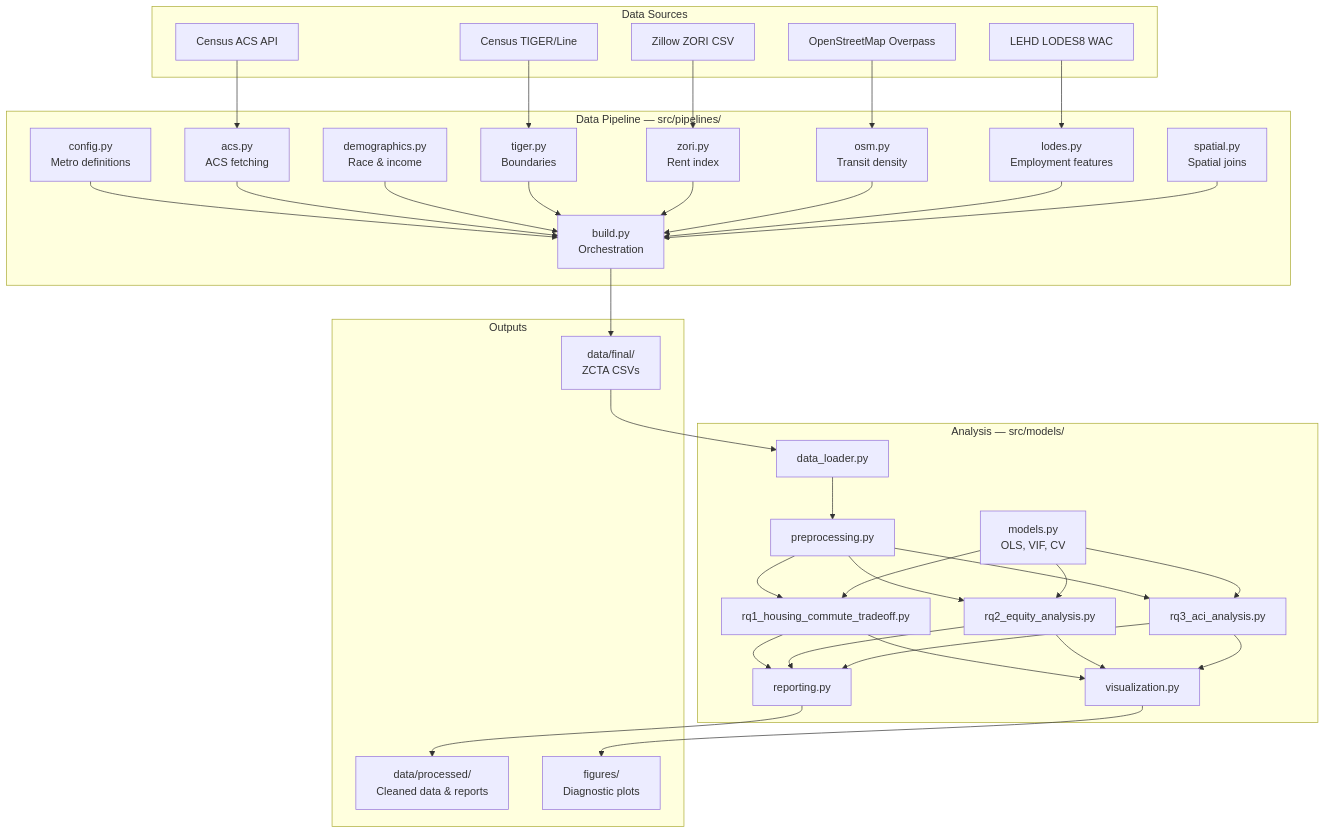
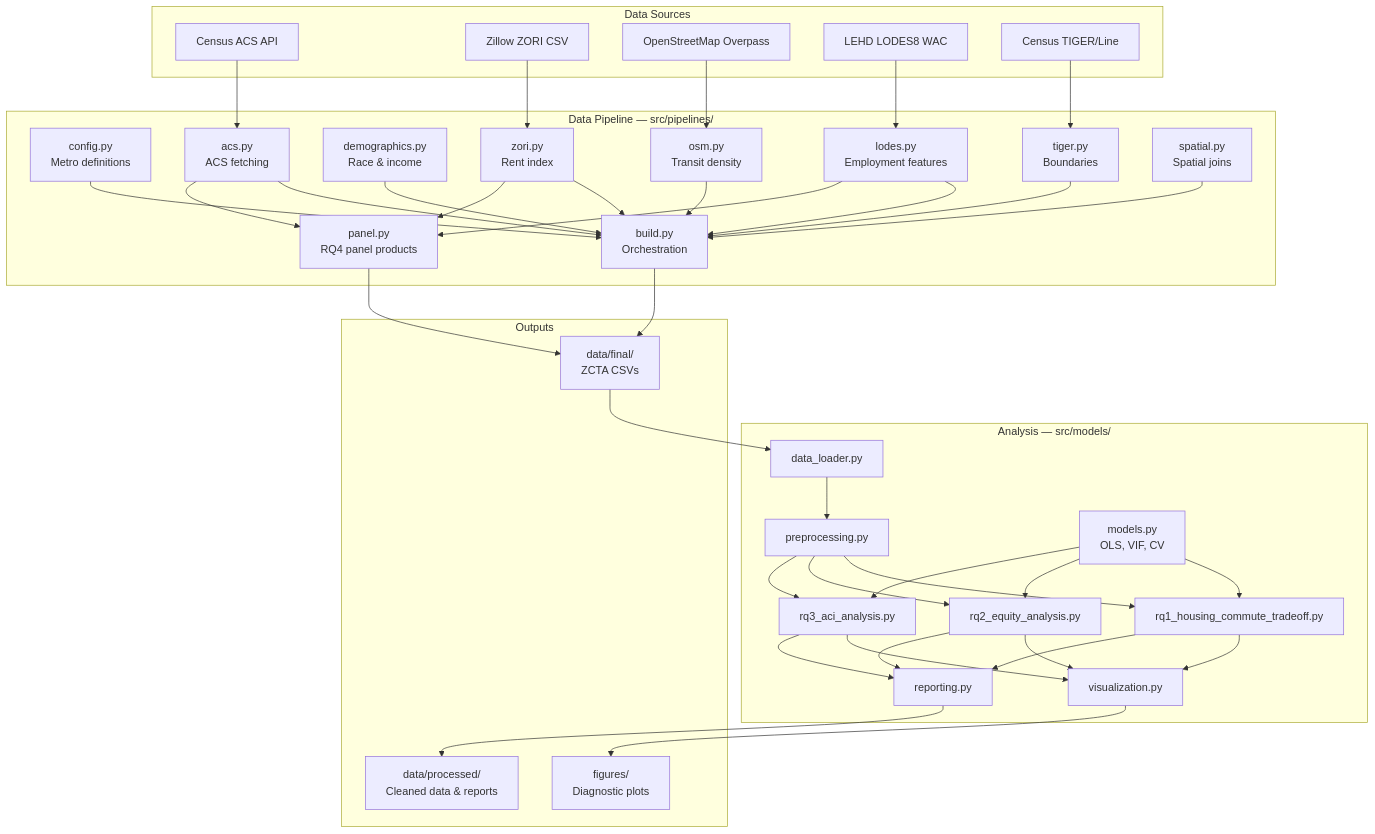
One commit to cdcoonce/housing-commute-analysis changed the first of 4 diagrams in README.md. Above: the diagram before and after it, drawn with Mermaid. The commit also changed other lines of this file and 2 other files, not shown here.

Commit message:
docs: panel data products, --panel usage, gate procedure

````diff
--- a/README.md
+++ b/README.md
@@ -66,72 +70,78 @@
 ```mermaid
 graph TD
     subgraph "Data Sources"
         ACS["Census ACS API"]
         ZORI["Zillow ZORI CSV"]
         OSM["OpenStreetMap Overpass"]
         LODES["LEHD LODES8 WAC"]
         TIGER["Census TIGER/Line"]
     end
 
     subgraph "Data Pipeline — src/pipelines/"
         CFG["config.py<br/>Metro definitions"]
         BUILD["build.py<br/>Orchestration"]
         ACS_MOD["acs.py<br/>ACS fetching"]
         DEMO["demographics.py<br/>Race & income"]
         TIGER_MOD["tiger.py<br/>Boundaries"]
         ZORI_MOD["zori.py<br/>Rent index"]
         OSM_MOD["osm.py<br/>Transit density"]
         LODES_MOD["lodes.py<br/>Employment features"]
         SPATIAL["spatial.py<br/>Spatial joins"]
+        PANEL["panel.py<br/>RQ4 panel products"]
     end
 
     subgraph "Analysis — src/models/"
         LOAD["data_loader.py"]
         PREPROC["preprocessing.py"]
         MODELS["models.py<br/>OLS, VIF, CV"]
         RQ1["rq1_housing_commute_tradeoff.py"]
         RQ2["rq2_equity_analysis.py"]
         RQ3["rq3_aci_analysis.py"]
         VIZ["visualization.py"]
         REPORT["reporting.py"]
     end
 
     subgraph "Outputs"
         CSV["data/final/<br/>ZCTA CSVs"]
         PROC["data/processed/<br/>Cleaned data & reports"]
         FIGS["figures/<br/>Diagnostic plots"]
     end
 
     ACS --> ACS_MOD
     ZORI --> ZORI_MOD
     OSM --> OSM_MOD
     LODES --> LODES_MOD
     TIGER --> TIGER_MOD
 
     CFG --> BUILD
     ACS_MOD --> BUILD
     DEMO --> BUILD
     TIGER_MOD --> BUILD
     ZORI_MOD --> BUILD
     OSM_MOD --> BUILD
     LODES_MOD --> BUILD
     SPATIAL --> BUILD
 
+    ZORI_MOD --> PANEL
+    LODES_MOD --> PANEL
+    ACS_MOD --> PANEL
+
     BUILD --> CSV
+    PANEL --> CSV
     CSV --> LOAD
     LOAD --> PREPROC
     PREPROC --> RQ1
     PREPROC --> RQ2
     PREPROC --> RQ3
     MODELS --> RQ1
     MODELS --> RQ2
     MODELS --> RQ3
     RQ1 --> VIZ
     RQ2 --> VIZ
     RQ3 --> VIZ
     RQ1 --> REPORT
     RQ2 --> REPORT
     RQ3 --> REPORT
     REPORT --> PROC
     VIZ --> FIGS
 ```
````
